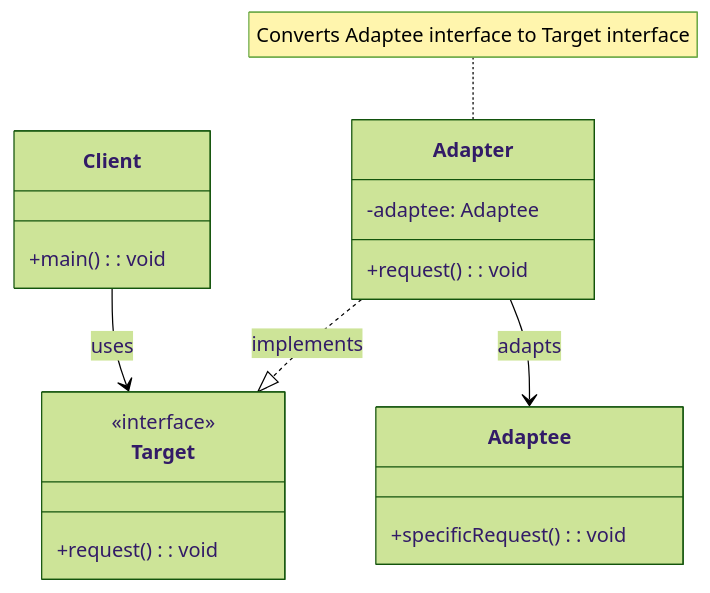
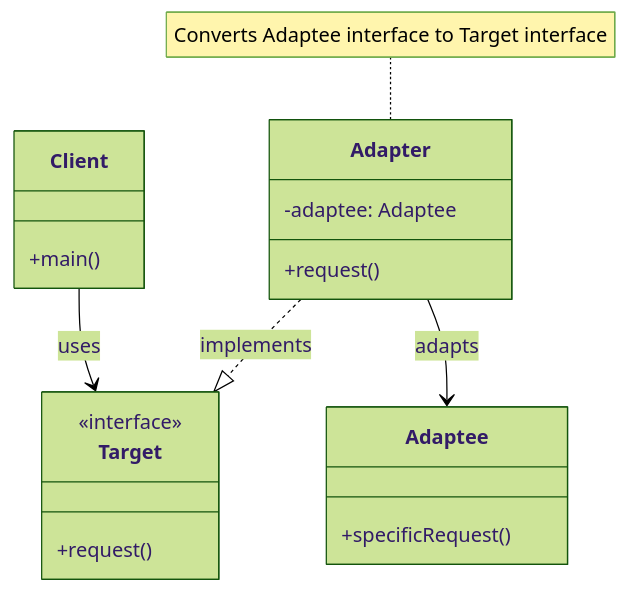
Before and after one commit to fanly/DesignPattern: the first of 3 diagrams in resources/design-patterns/laravel/structural/adapter_en.md, drawn with Mermaid (forest theme). The commit also changed 103 other files, not shown here.

````diff
--- a/resources/design-patterns/laravel/structural/adapter_en.md
+++ b/resources/design-patterns/laravel/structural/adapter_en.md
@@ -11,26 +11,26 @@
 ```mermaid
 classDiagram
     class Target {
         <<interface>>
-        +request(): void
+        +request()
     }
     
     class Client {
-        +main(): void
+        +main()
     }
     
     class Adapter {
         -adaptee: Adaptee
-        +request(): void
+        +request()
     }
     
     class Adaptee {
-        +specificRequest(): void
+        +specificRequest()
     }
     
     Client --> Target : uses
     Adapter ..|> Target : implements
     Adapter --> Adaptee : adapts
     
     note for Adapter "Converts Adaptee interface to Target interface"
 ```
````
